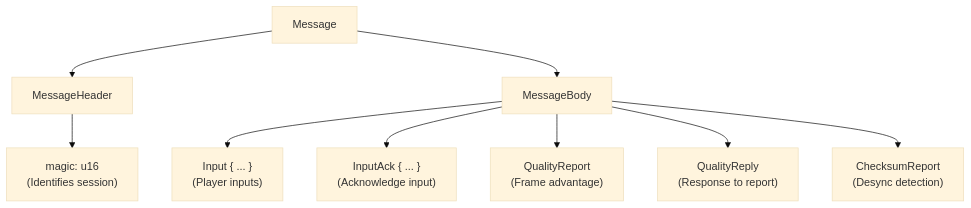
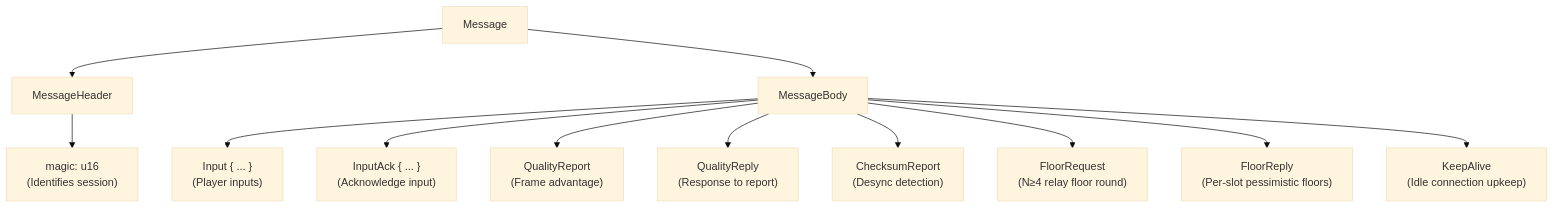
The fifth of 5 diagrams in docs/architecture.md (wallstop/fortress-rollback), drawn with Mermaid (base theme) before and after one commit. The commit also changed other lines of this file and 43 other files, not shown here.

````diff
--- a/docs/architecture.md
+++ b/docs/architecture.md
@@ -734,21 +736,27 @@
 ```mermaid
 graph TD
     MSG["Message"]
     HEADER["MessageHeader"]
     MAGIC["magic: u16<br/>(Identifies session)"]
     BODY["MessageBody"]
     INPUT["Input { ... }<br/>(Player inputs)"]
     INPUTACK["InputAck { ... }<br/>(Acknowledge input)"]
     QUALITY["QualityReport<br/>(Frame advantage)"]
     QREPLY["QualityReply<br/>(Response to report)"]
     CHECKSUM["ChecksumReport<br/>(Desync detection)"]
+    FLOORREQ["FloorRequest<br/>(N&ge;4 relay floor round)"]
+    FLOORREP["FloorReply<br/>(Per-slot pessimistic floors)"]
+    KEEPALIVE["KeepAlive<br/>(Idle connection upkeep)"]
 
     MSG --> HEADER
     MSG --> BODY
     HEADER --> MAGIC
     BODY --> INPUT
     BODY --> INPUTACK
     BODY --> QUALITY
     BODY --> QREPLY
     BODY --> CHECKSUM
+    BODY --> FLOORREQ
+    BODY --> FLOORREP
+    BODY --> KEEPALIVE
 ```
````
